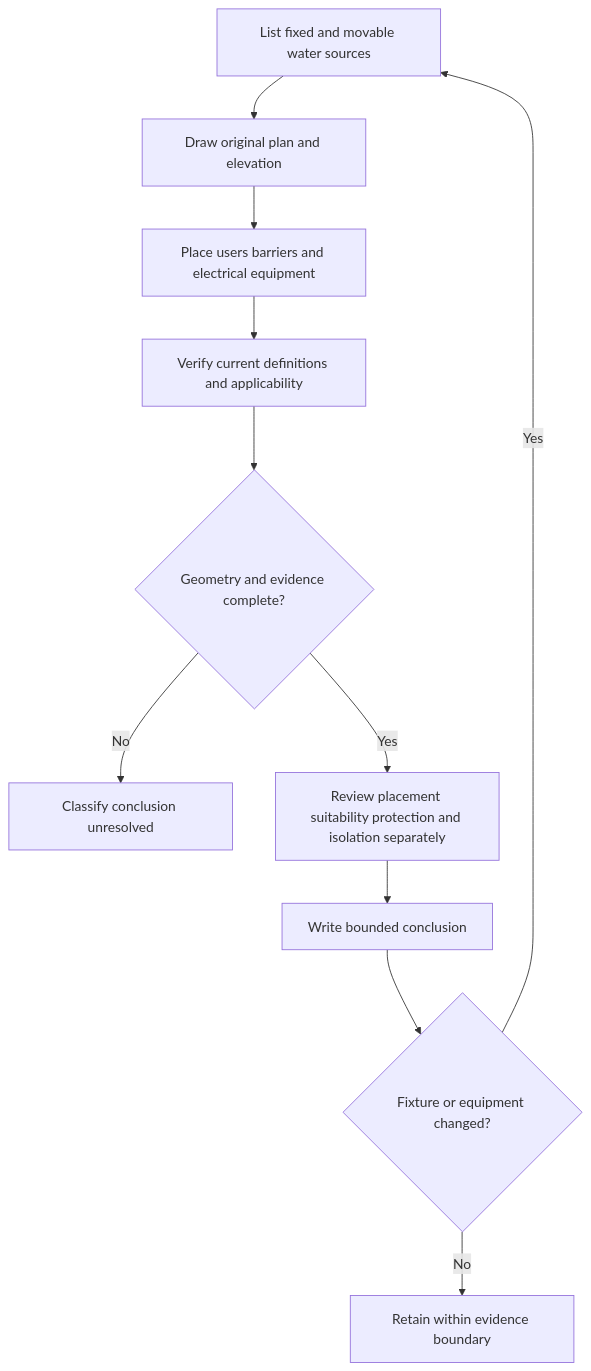
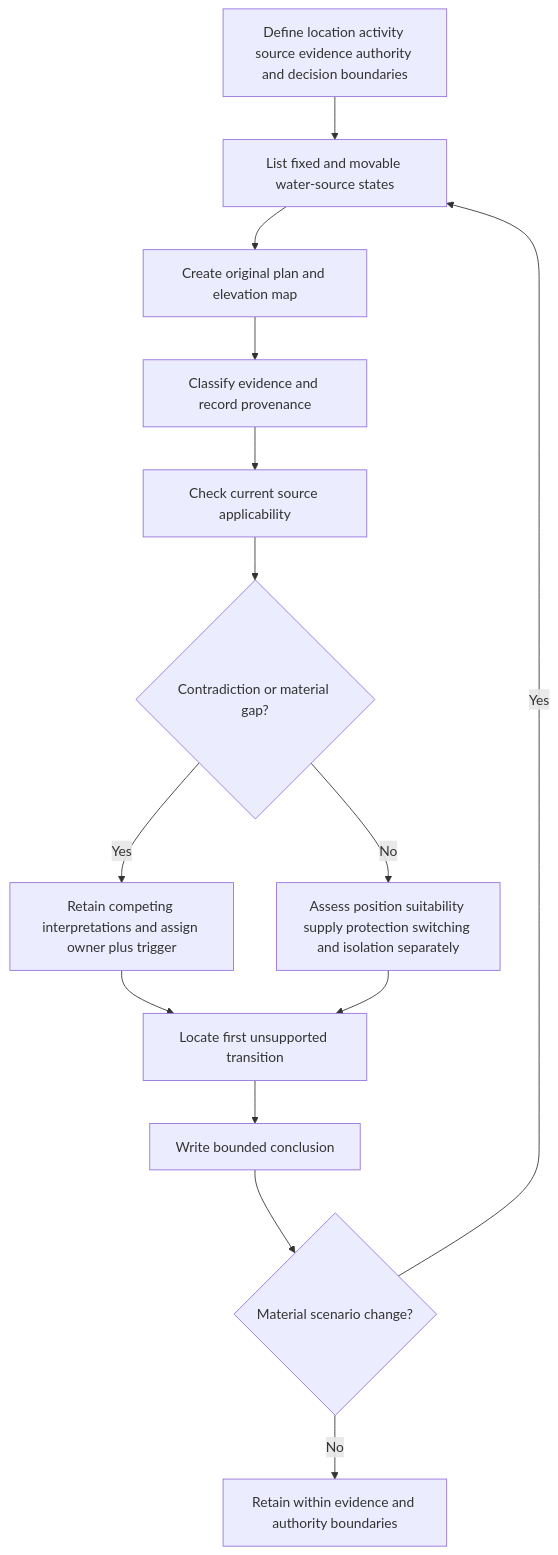
The first of 2 diagrams in docs/learning-plans/12-week/modules/day-51-bathrooms-showers-and-other-wet-area-reasoning.md (andrew3stedall/capstone), drawn with Mermaid before and after one commit. The commit also changed other lines of this file and 3 other files, not shown here.

````diff
--- a/docs/learning-plans/12-week/modules/day-51-bathrooms-showers-and-other-wet-area-reasoning.md
+++ b/docs/learning-plans/12-week/modules/day-51-bathrooms-showers-and-other-wet-area-reasoning.md
@@ -64,13 +103,16 @@
 ```mermaid
 flowchart TD
-  A[List fixed and movable water sources] --> B[Draw original plan and elevation]
-  B --> C[Place users barriers and electrical equipment]
-  C --> D[Verify current definitions and applicability]
-  D --> E{Geometry and evidence complete?}
-  E -->|No| F[Classify conclusion unresolved]
-  E -->|Yes| G[Review placement suitability protection and isolation separately]
-  G --> H[Write bounded conclusion]
-  H --> I{Fixture or equipment changed?}
-  I -->|Yes| A
-  I -->|No| J[Retain within evidence boundary]
+  A[Define location activity source evidence authority and decision boundaries] --> B[List fixed and movable water-source states]
+  B --> C[Create original plan and elevation map]
+  C --> D[Classify evidence and record provenance]
+  D --> E[Check current source applicability]
+  E --> F{Contradiction or material gap?}
+  F -->|Yes| G[Retain competing interpretations and assign owner plus trigger]
+  F -->|No| H[Assess position suitability supply protection switching and isolation separately]
+  G --> I[Locate first unsupported transition]
+  H --> I
+  I --> J[Write bounded conclusion]
+  J --> K{Material scenario change?}
+  K -->|Yes| B
+  K -->|No| L[Retain within evidence and authority boundaries]
 ```
````
